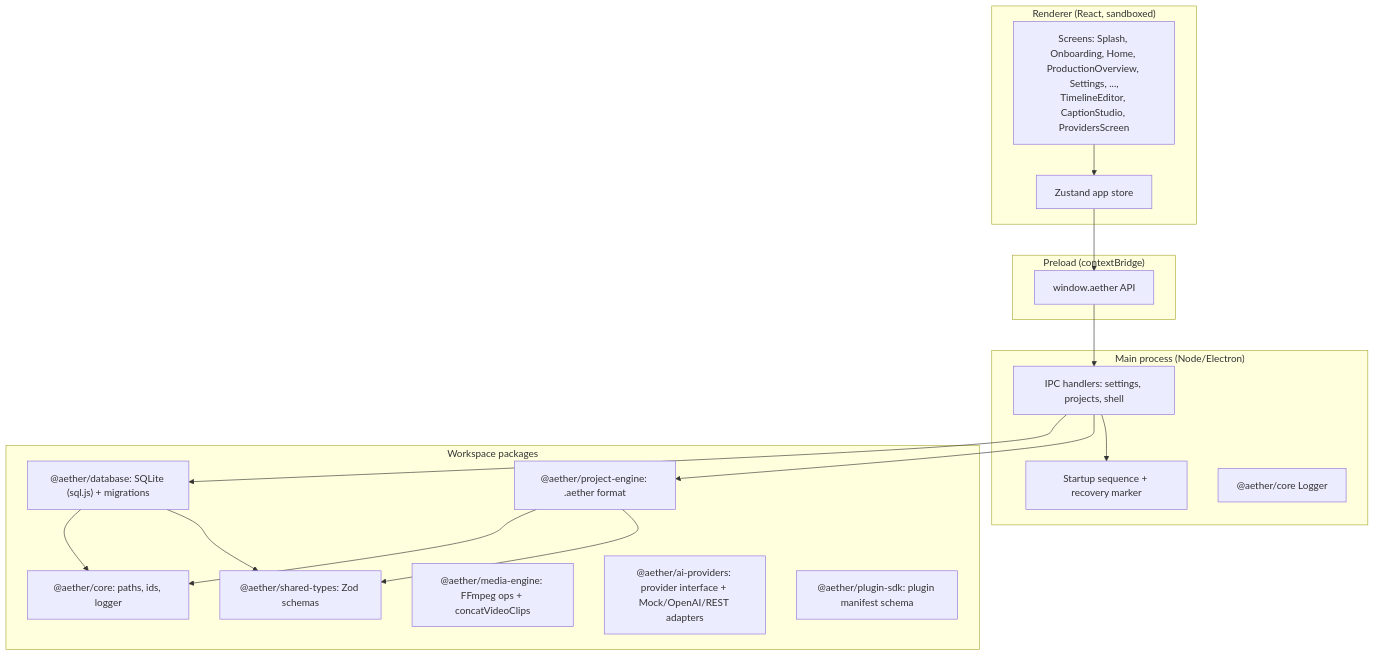
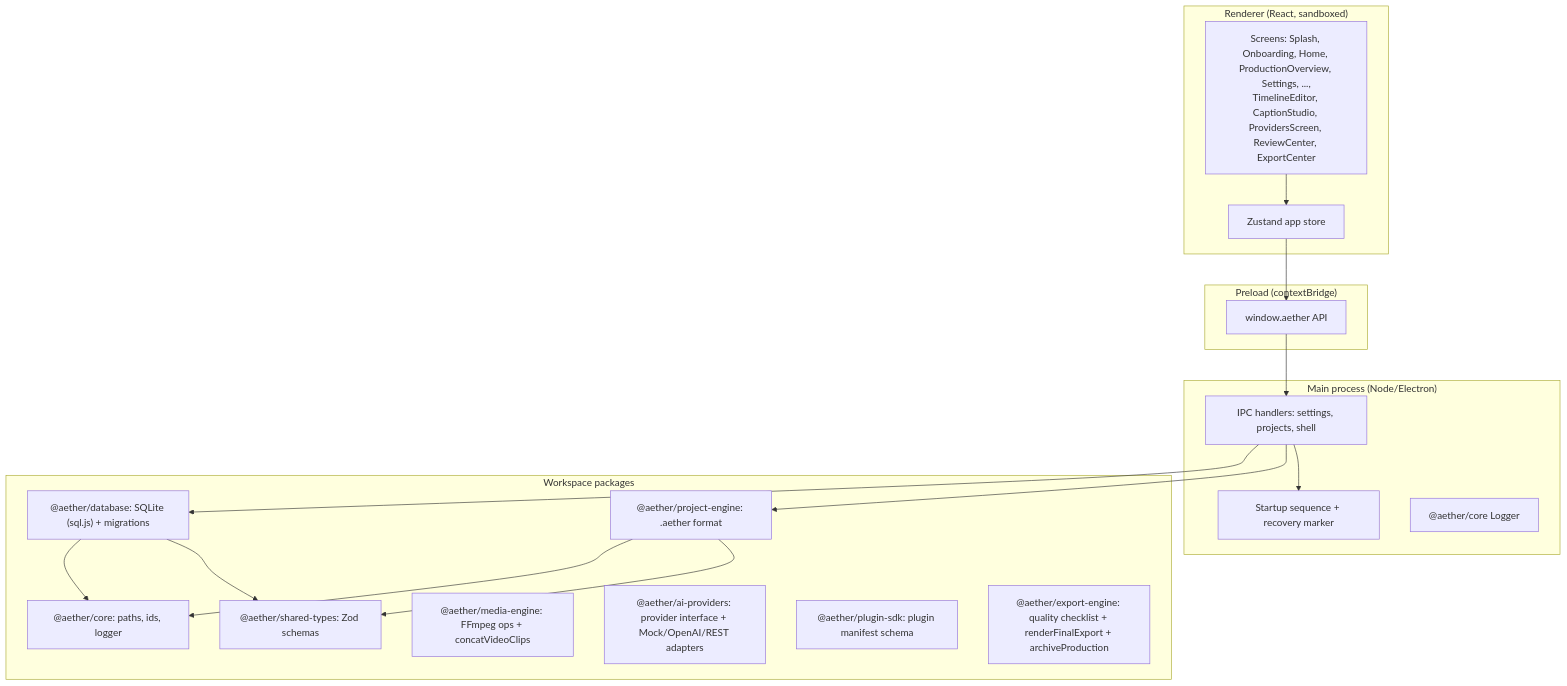
Before and after one commit to Get-Blitzed/Aether-Studio: the diagram in ARCHITECTURE.md, drawn with Mermaid. The commit also changed other lines of this file and 31 other files, not shown here.

First line of the commit message:
Phase 7: Review & Approval and Export Center

````diff
--- a/ARCHITECTURE.md
+++ b/ARCHITECTURE.md
@@ -5,37 +5,38 @@
 ```mermaid
 flowchart TB
     subgraph Renderer["Renderer (React, sandboxed)"]
         UI[Screens: Splash, Onboarding, Home, ProductionOverview, Settings, ...,
-TimelineEditor, CaptionStudio, ProvidersScreen]
+TimelineEditor, CaptionStudio, ProvidersScreen, ReviewCenter, ExportCenter]
         Store[Zustand app store]
     end
 
     subgraph Preload["Preload (contextBridge)"]
         Bridge["window.aether API"]
     end
 
     subgraph Main["Main process (Node/Electron)"]
         IPC[IPC handlers: settings, projects, shell]
         Startup[Startup sequence + recovery marker]
         Logger["@aether/core Logger"]
     end
 
     subgraph Packages["Workspace packages"]
         Core["@aether/core: paths, ids, logger"]
         Types["@aether/shared-types: Zod schemas"]
         DB["@aether/database: SQLite (sql.js) + migrations"]
         Engine["@aether/project-engine: .aether format"]
         Media["@aether/media-engine: FFmpeg ops + concatVideoClips"]
         AI["@aether/ai-providers: provider interface + Mock/OpenAI/REST adapters"]
         Plugin["@aether/plugin-sdk: plugin manifest schema"]
+        Export["@aether/export-engine: quality checklist + renderFinalExport + archiveProduction"]
     end
 
     UI --> Store --> Bridge --> IPC
     IPC --> DB
     IPC --> Engine
     IPC --> Startup
     DB --> Core
     Engine --> Core
     Engine --> Types
     DB --> Types
 ```
````
